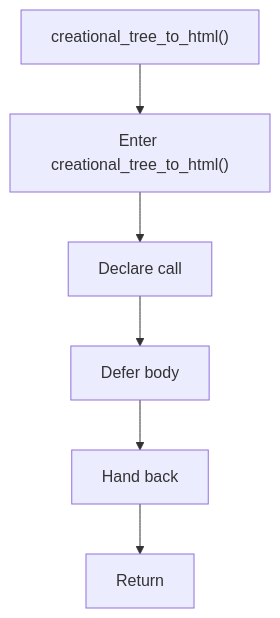
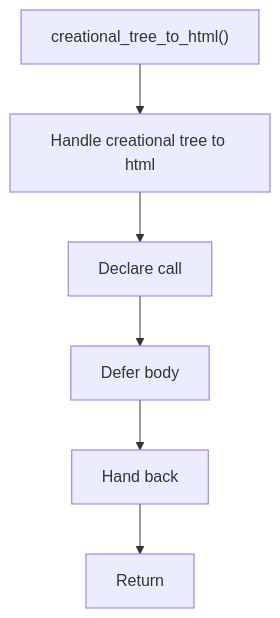
One commit to JohnAndrewBalbarosa/NeoTerritory changed the diagram in docs/Codebase/Microservice/Modules/Header/SyntacticBrokenAST/Trees/Broken/Creational/Flow/functions/creational_tree_to_html.hpp.md. Above: the diagram before and after it, drawn with Mermaid. The commit also changed other lines of this file and 915 other files, not shown here.

````diff
--- a/docs/Codebase/Microservice/Modules/Header/SyntacticBrokenAST/Trees/Broken/Creational/Flow/functions/creational_tree_to_html.hpp.md
+++ b/docs/Codebase/Microservice/Modules/Header/SyntacticBrokenAST/Trees/Broken/Creational/Flow/functions/creational_tree_to_html.hpp.md
@@ -16,14 +16,14 @@
 ```mermaid
 flowchart TD
     Start["creational_tree_to_html()"]
-    N0["Enter creational_tree_to_html()"]
+    N0["Handle creational tree to html"]
     N1["Declare call"]
     N2["Defer body"]
     N3["Hand back"]
     End["Return"]
     Start --> N0
     N0 --> N1
     N1 --> N2
     N2 --> N3
     N3 --> End
 ```
````
